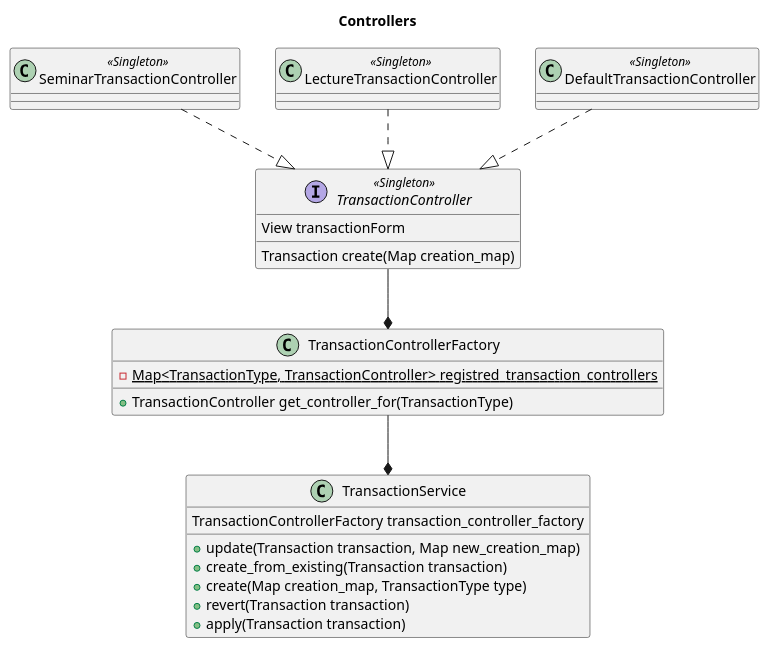
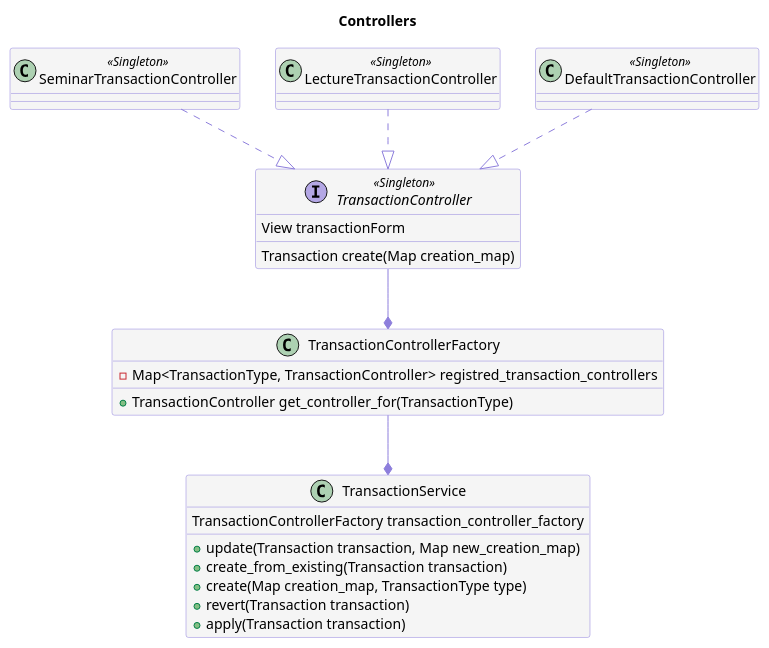
The diagram in django-app/meta_files/diagrams/Controllers.puml (nkorobkov/lfmsh_bank), drawn with PlantUML before and after one commit. The commit also changed 4 other files, not shown here.

Commit message:
Some UML schemas improved Readme updated with nkorobkov.com link

```diff
--- a/django-app/meta_files/diagrams/Controllers.puml
+++ b/django-app/meta_files/diagrams/Controllers.puml
@@ -1,43 +1,50 @@
 @startuml
 title: Controllers
+
+
+skinparam class {
+	BackgroundColor #f5f5f5
+	ArrowColor #8d7edc
+	BorderColor #8d7edc
+}
 
 class TransactionService{
 TransactionControllerFactory transaction_controller_factory
 + update(Transaction transaction, Map new_creation_map)
 + create_from_existing(Transaction transaction)
 + create(Map creation_map, TransactionType type)
 + revert(Transaction transaction)
 + apply(Transaction transaction)
 }
 
 class TransactionControllerFactory{
-- {static} Map<TransactionType, TransactionController> registred_transaction_controllers
+-  Map<TransactionType, TransactionController> registred_transaction_controllers
 
 + TransactionController get_controller_for(TransactionType)
 }
 
 
 interface TransactionController <<Singleton>>{
     View transactionForm
     Transaction create(Map creation_map)
 
 }
 
 class SeminarTransactionController <<Singleton>>{
 }
 
 class LectureTransactionController <<Singleton>>{
 }
 
 class DefaultTransactionController <<Singleton>>{
 }
 
 
 
 SeminarTransactionController ..|> TransactionController
 LectureTransactionController ..|> TransactionController
 DefaultTransactionController ..|> TransactionController
 
 TransactionControllerFactory --* TransactionService
 TransactionController --* TransactionControllerFactory
 @enduml
```
